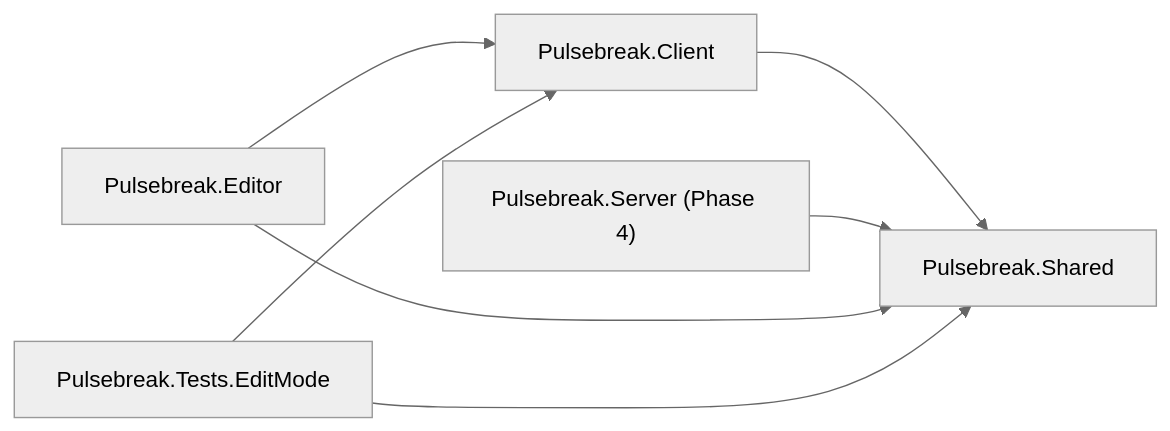
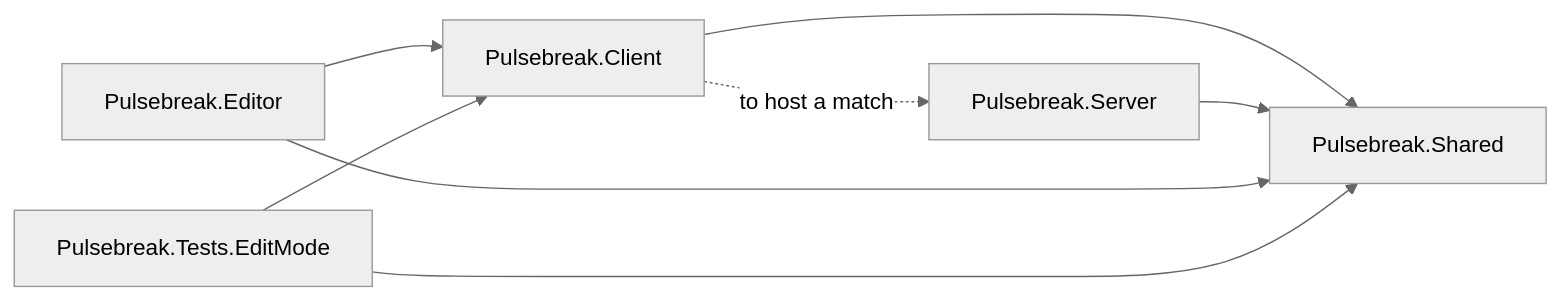
The first of 6 diagrams in pulsebreak/docs/ARCHITECTURE.md (aidenobrad-ctrl/Claude), drawn with Mermaid (neutral theme) before and after one commit. The commit also changed other lines of this file and 11 other files, not shown here.

````diff
--- a/pulsebreak/docs/ARCHITECTURE.md
+++ b/pulsebreak/docs/ARCHITECTURE.md
@@ -100,9 +106,10 @@
 ```mermaid
 flowchart LR
     Client[Pulsebreak.Client] --> Shared[Pulsebreak.Shared]
-    Server["Pulsebreak.Server (Phase 4)"] --> Shared
+    Server[Pulsebreak.Server] --> Shared
+    Client -. "to host a match" .-> Server
     Editor[Pulsebreak.Editor] --> Client
     Editor --> Shared
     Tests[Pulsebreak.Tests.EditMode] --> Shared
     Tests --> Client
 ```
````
